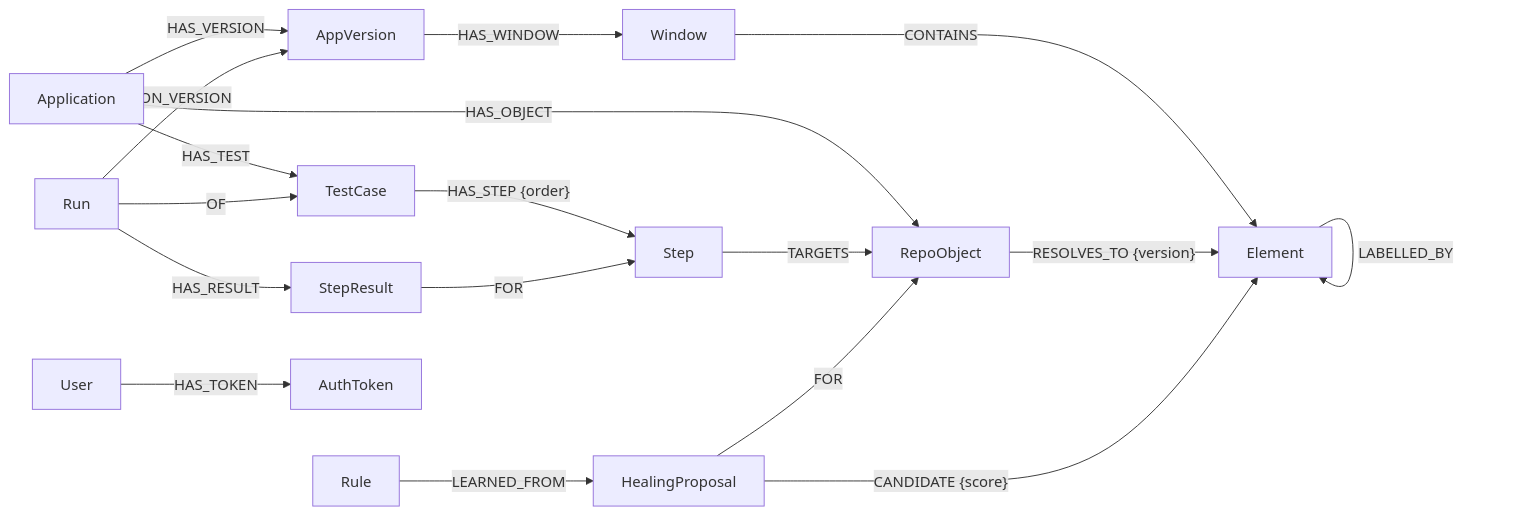
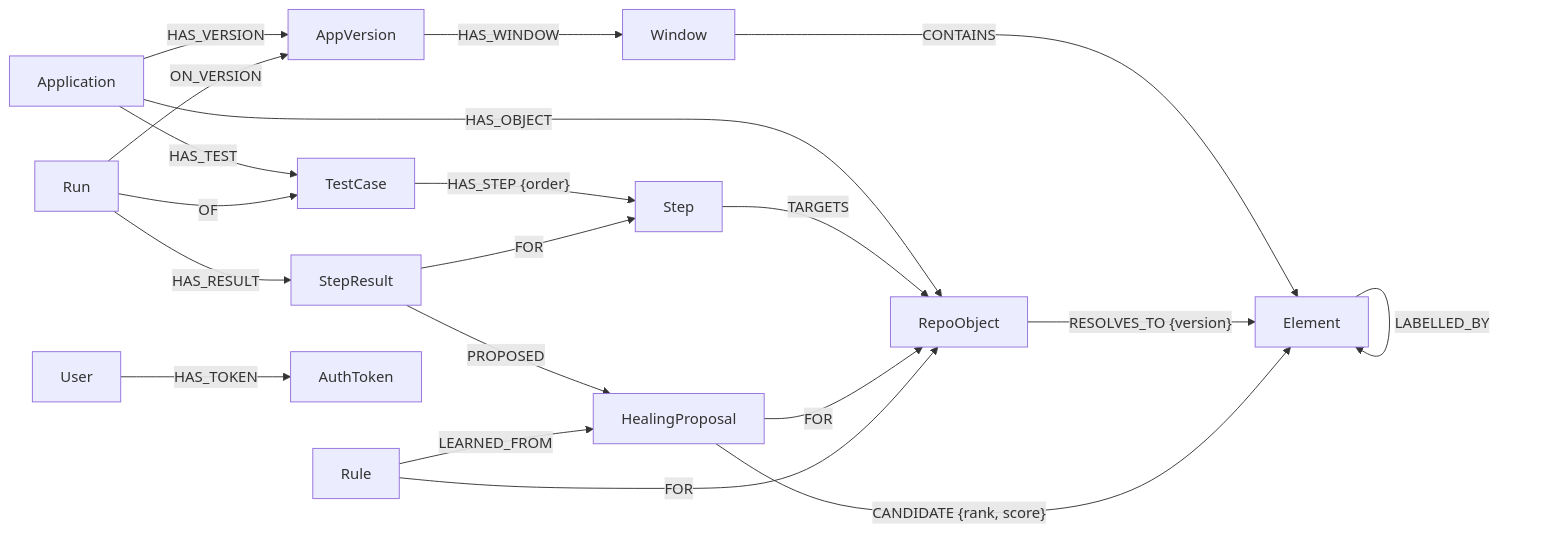
The diagram in docs/graph-model.md (galipdg/AYNA), drawn with Mermaid before and after one commit. The commit also changed other lines of this file and 15 other files, not shown here.

````diff
--- a/docs/graph-model.md
+++ b/docs/graph-model.md
@@ -17,21 +18,23 @@
 ```mermaid
 graph LR
   Application -- HAS_VERSION --> AppVersion
   Application -- HAS_TEST --> TestCase
   Application -- HAS_OBJECT --> RepoObject
   AppVersion -- HAS_WINDOW --> Window
   Window -- CONTAINS --> Element
   Element -- CONTAINS --> Element
   Element -- LABELLED_BY --> Element
   RepoObject -- "RESOLVES_TO {version}" --> Element
   TestCase -- "HAS_STEP {order}" --> Step
   Step -- TARGETS --> RepoObject
   Run -- OF --> TestCase
   Run -- ON_VERSION --> AppVersion
   Run -- HAS_RESULT --> StepResult
   StepResult -- FOR --> Step
+  StepResult -- PROPOSED --> HealingProposal
   HealingProposal -- FOR --> RepoObject
-  HealingProposal -- "CANDIDATE {score}" --> Element
+  HealingProposal -- "CANDIDATE {rank, score}" --> Element
   Rule -- LEARNED_FROM --> HealingProposal
+  Rule -- FOR --> RepoObject
   User -- HAS_TOKEN --> AuthToken
 ```
````
